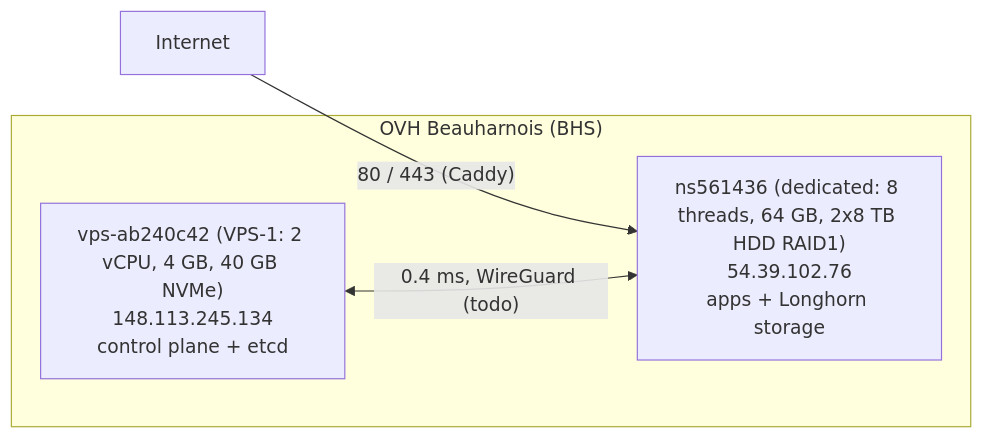
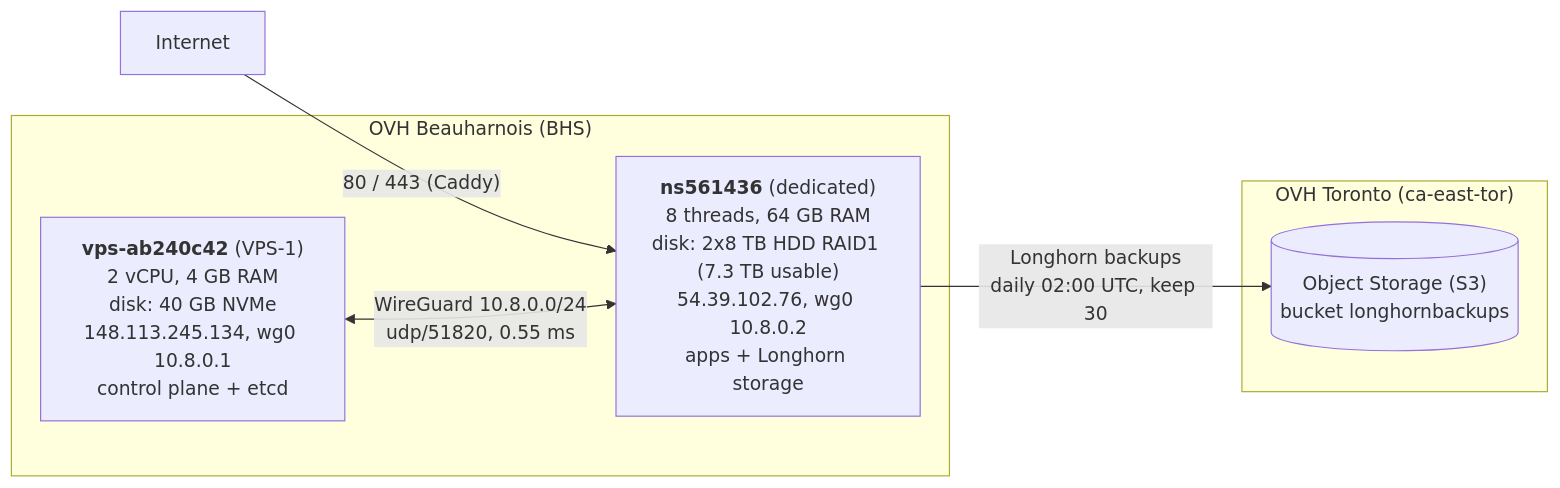
Before and after one commit to Androz2091/k8s-infrastructure: the diagram in README.md, drawn with Mermaid. The commit also changed other lines of this file and 4 other files, not shown here.

````diff
--- a/README.md
+++ b/README.md
@@ -422,9 +422,13 @@
 ```mermaid
 flowchart LR
     Internet -->|"80 / 443 (Caddy)"| DED
     subgraph BHS["OVH Beauharnois (BHS)"]
-        VPS["vps-ab240c42 (VPS-1: 2 vCPU, 4 GB, 40 GB NVMe)<br/>148.113.245.134<br/>control plane + etcd"]
-        DED["ns561436 (dedicated: 8 threads, 64 GB, 2x8 TB HDD RAID1)<br/>54.39.102.76<br/>apps + Longhorn storage"]
-        VPS <-->|"0.4 ms, WireGuard (todo)"| DED
+        VPS["<b>vps-ab240c42</b> (VPS-1)<br/>2 vCPU, 4 GB RAM<br/>disk: 40 GB NVMe<br/>148.113.245.134, wg0 10.8.0.1<br/>control plane + etcd"]
+        DED["<b>ns561436</b> (dedicated)<br/>8 threads, 64 GB RAM<br/>disk: 2x8 TB HDD RAID1 (7.3 TB usable)<br/>54.39.102.76, wg0 10.8.0.2<br/>apps + Longhorn storage"]
+        VPS <-->|"WireGuard 10.8.0.0/24<br/>udp/51820, 0.55 ms"| DED
     end
+    subgraph TOR["OVH Toronto (ca-east-tor)"]
+        S3[("Object Storage (S3)<br/>bucket longhornbackups")]
+    end
+    DED -->|"Longhorn backups<br/>daily 02:00 UTC, keep 30"| S3
 ```
````
